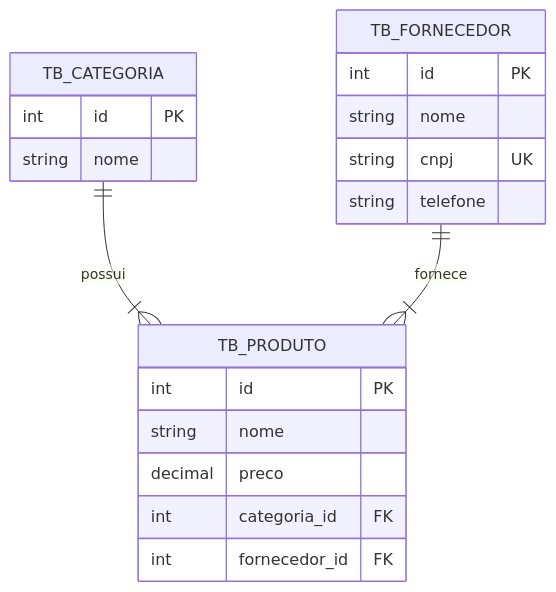
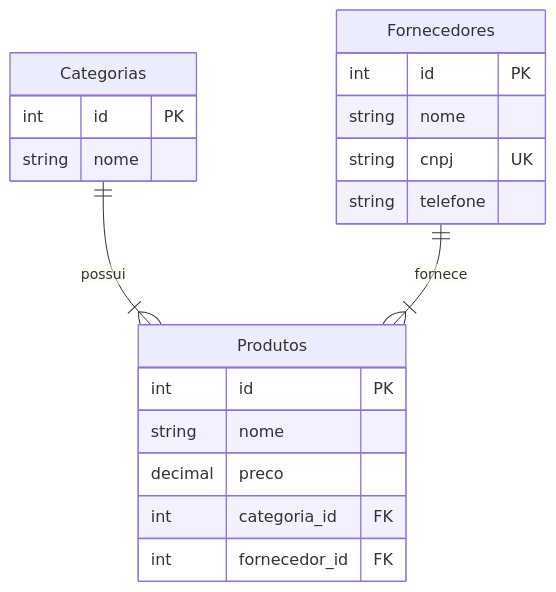
One commit to geanio-rodrigues/estoque-supermercado changed the diagram in README.md. Above: the diagram before and after it, drawn with Mermaid.

````diff
--- a/README.md
+++ b/README.md
@@ -60,23 +60,23 @@
 ```mermaid
 erDiagram
-    TB_CATEGORIA {
+    Categorias {
         int id PK
         string nome
     }
-    TB_FORNECEDOR {
+    Fornecedores {
         int id PK
         string nome
         string cnpj UK
         string telefone
     }
-    TB_PRODUTO {
+    Produtos {
         int id PK
         string nome
         decimal preco
         int categoria_id FK
         int fornecedor_id FK
     }
 
-    TB_CATEGORIA ||--|{ TB_PRODUTO : "possui"
-    TB_FORNECEDOR ||--|{ TB_PRODUTO : "fornece"
+    Categorias ||--|{ Produtos : "possui"
+    Fornecedores ||--|{ Produtos : "fornece"
 ```
````
